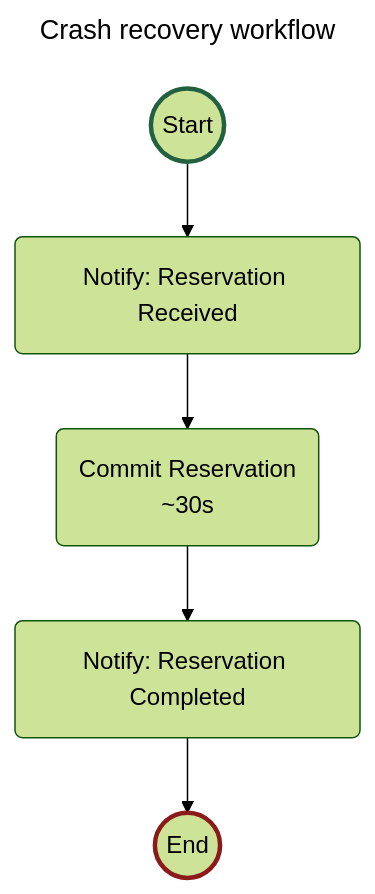
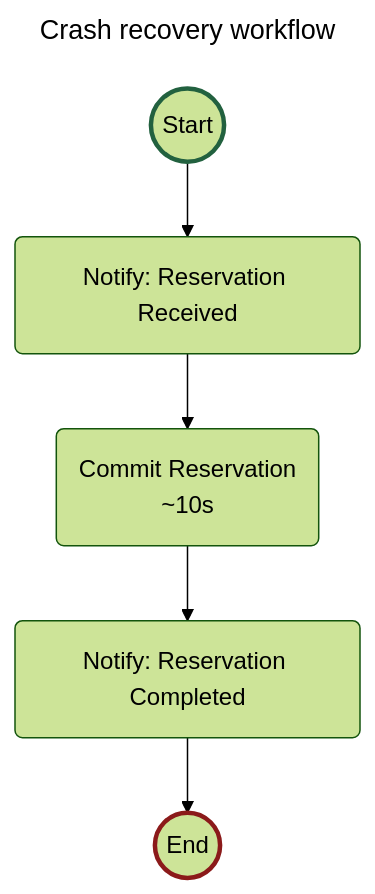
One commit to diagridio/catalyst-quickstarts changed the third of 3 diagrams in workflow/csharp/README.md. Above: the diagram before and after it, drawn with Mermaid (forest theme). The commit also changed other lines of this file and 30 other files, not shown here.

````diff
--- a/workflow/csharp/README.md
+++ b/workflow/csharp/README.md
@@ -204,20 +204,20 @@
 ```mermaid
 ---
 title: Crash recovery workflow
 ---
 flowchart TD
   START((Start)):::startNode
   ACT1(Notify: Reservation Received)
   ACT2(Commit Reservation
-  ~30s)
+  ~10s)
   ACT3(Notify: Reservation Completed)
   END((End)):::endNode
 
   START-->ACT1
   ACT1-->ACT2
   ACT2-->ACT3
   ACT3-->END
 
   classDef startNode stroke:#22613f,stroke-width:3px
   classDef endNode stroke:#8b1a1a,stroke-width:3px
 ```
````
